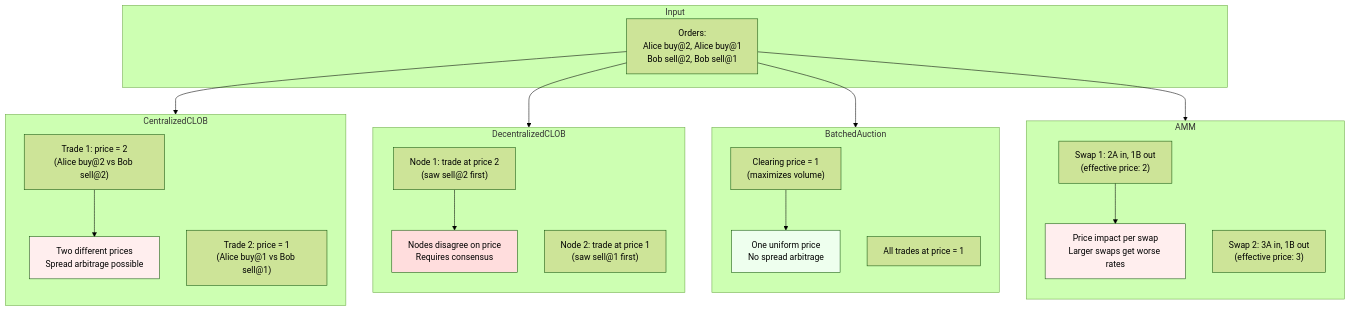
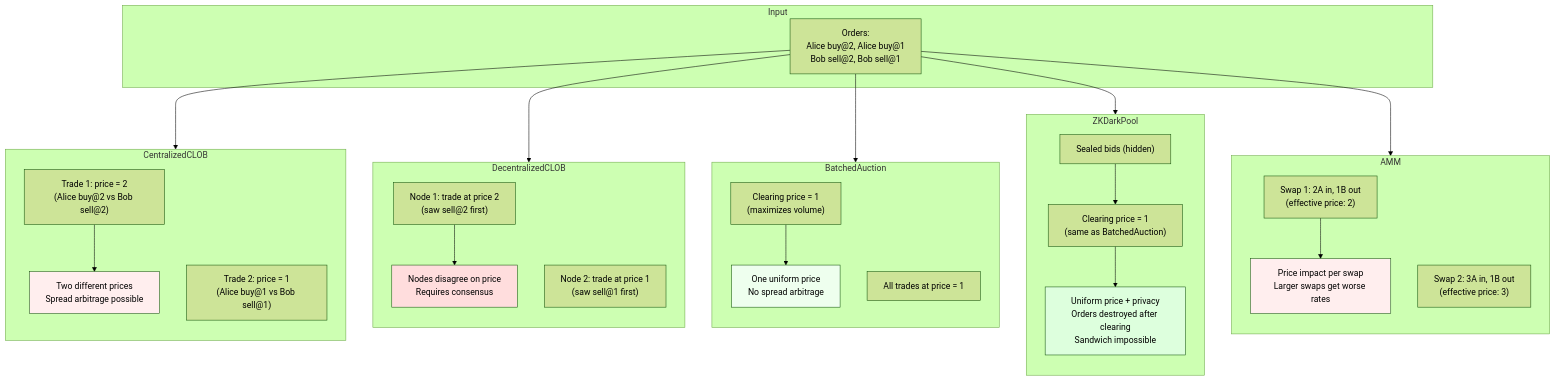
The ninth of 10 diagrams in README.md (oxarbitrage/formal-market-mechanisms), drawn with Mermaid (forest theme) before and after one commit. The commit also changed other lines of this file and 2 other files, not shown here.

First line of the commit message:
add ZKDarkPool spec: sealed-bid batch auction with privacy for MEV elimination

````diff
--- a/README.md
+++ b/README.md
@@ -334,44 +389,54 @@
 ```mermaid
 graph TB
     subgraph Input
         O["Orders:<br/>Alice buy@2, Alice buy@1<br/>Bob sell@2, Bob sell@1"]
     end
 
     O --> CLOB
     O --> DCLOB
     O --> Batch
+    O --> ZK
     O --> AMM
 
     subgraph CLOB["CentralizedCLOB"]
         direction TB
         C1["Trade 1: price = 2<br/>(Alice buy@2 vs Bob sell@2)"]
         C2["Trade 2: price = 1<br/>(Alice buy@1 vs Bob sell@1)"]
         C1 --> CS["Two different prices<br/>Spread arbitrage possible"]
     end
 
     subgraph DCLOB["DecentralizedCLOB"]
         direction TB
         DN1["Node 1: trade at price 2<br/>(saw sell@2 first)"]
         DN2["Node 2: trade at price 1<br/>(saw sell@1 first)"]
         DN1 --> DS["Nodes disagree on price<br/>Requires consensus"]
     end
 
     subgraph Batch["BatchedAuction"]
         direction TB
         B1["Clearing price = 1<br/>(maximizes volume)"]
         B2["All trades at price = 1"]
         B1 --> BS["One uniform price<br/>No spread arbitrage"]
     end
 
+    subgraph ZK["ZKDarkPool"]
+        direction TB
+        ZK1["Sealed bids (hidden)"]
+        ZK2["Clearing price = 1<br/>(same as BatchedAuction)"]
+        ZK1 --> ZK2
+        ZK2 --> ZKS["Uniform price + privacy<br/>Orders destroyed after clearing<br/>Sandwich impossible"]
+    end
+
     subgraph AMM["AMM"]
         direction TB
         A1["Swap 1: 2A in, 1B out<br/>(effective price: 2)"]
         A2["Swap 2: 3A in, 1B out<br/>(effective price: 3)"]
         A1 --> AS["Price impact per swap<br/>Larger swaps get worse rates"]
     end
 
     style CS fill:#fee
     style DS fill:#fdd
     style BS fill:#efe
+    style ZKS fill:#dfd
     style AS fill:#fee
 ```
````
